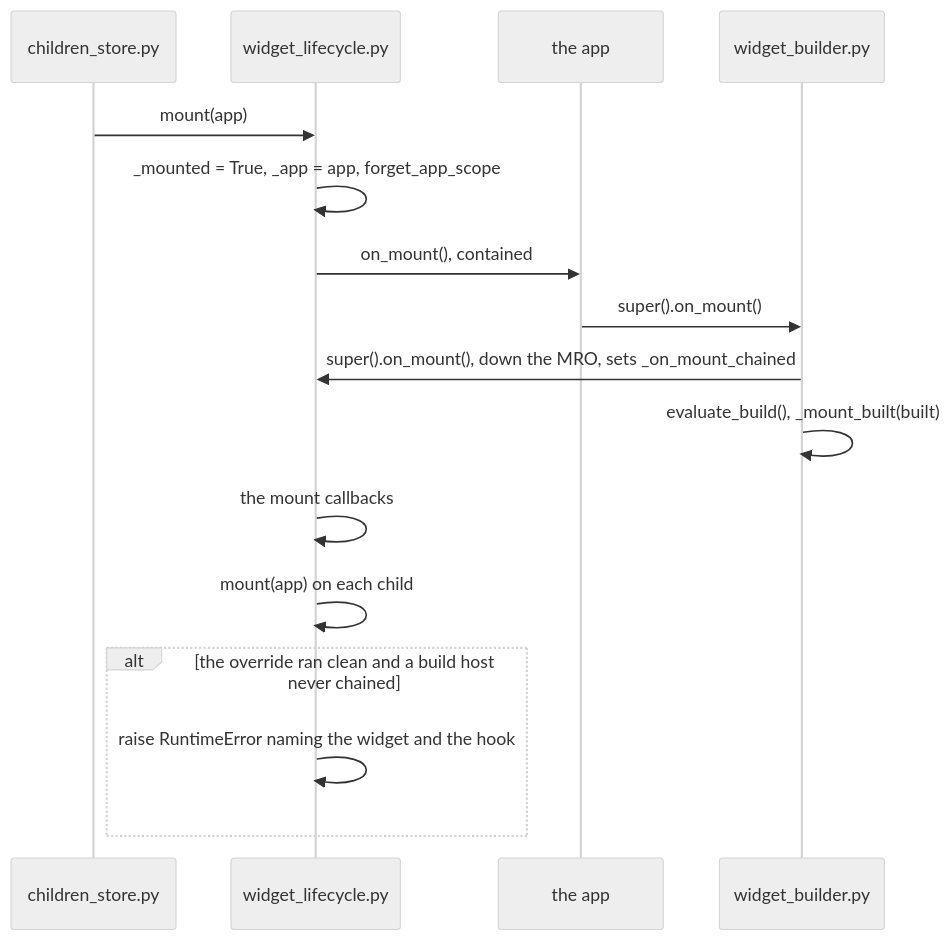
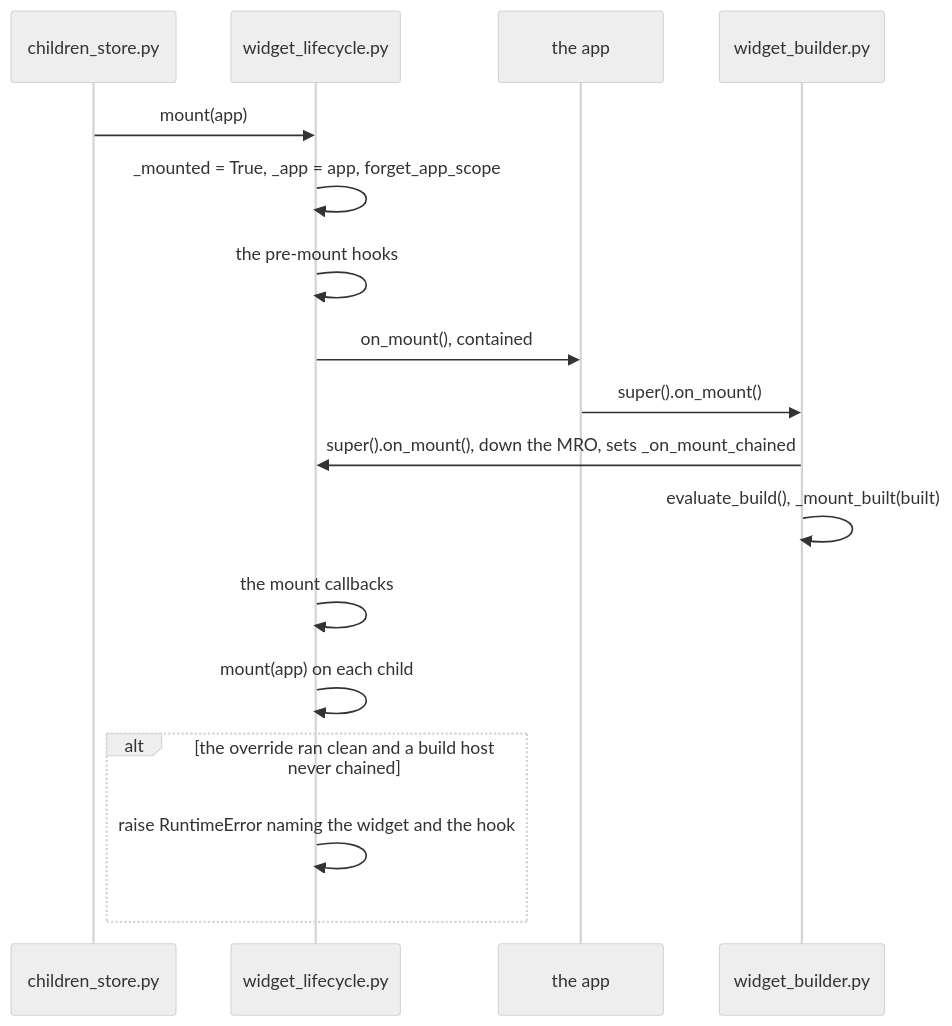
The third of 9 diagrams in docs/design/WIDGET_ARCHITECTURE.md (yuksblog/nuiitivet), drawn with Mermaid (neutral theme) before and after one commit. The commit also changed other lines of this file and 41 other files, not shown here.

````diff
--- a/docs/design/WIDGET_ARCHITECTURE.md
+++ b/docs/design/WIDGET_ARCHITECTURE.md
@@ -92,19 +96,20 @@
 ```mermaid
 sequenceDiagram
     participant S as children_store.py
     participant L as widget_lifecycle.py
     participant A as the app
     participant B as widget_builder.py
 
     S->>L: mount(app)
     L->>L: _mounted = True, _app = app, forget_app_scope
+    L->>L: the pre-mount hooks
     L->>A: on_mount(), contained
     A->>B: super().on_mount()
     B->>L: super().on_mount(), down the MRO, sets _on_mount_chained
     B->>B: evaluate_build(), _mount_built(built)
     L->>L: the mount callbacks
     L->>L: mount(app) on each child
     alt the override ran clean and a build host never chained
         L->>L: raise RuntimeError naming the widget and the hook
     end
 ```
````
